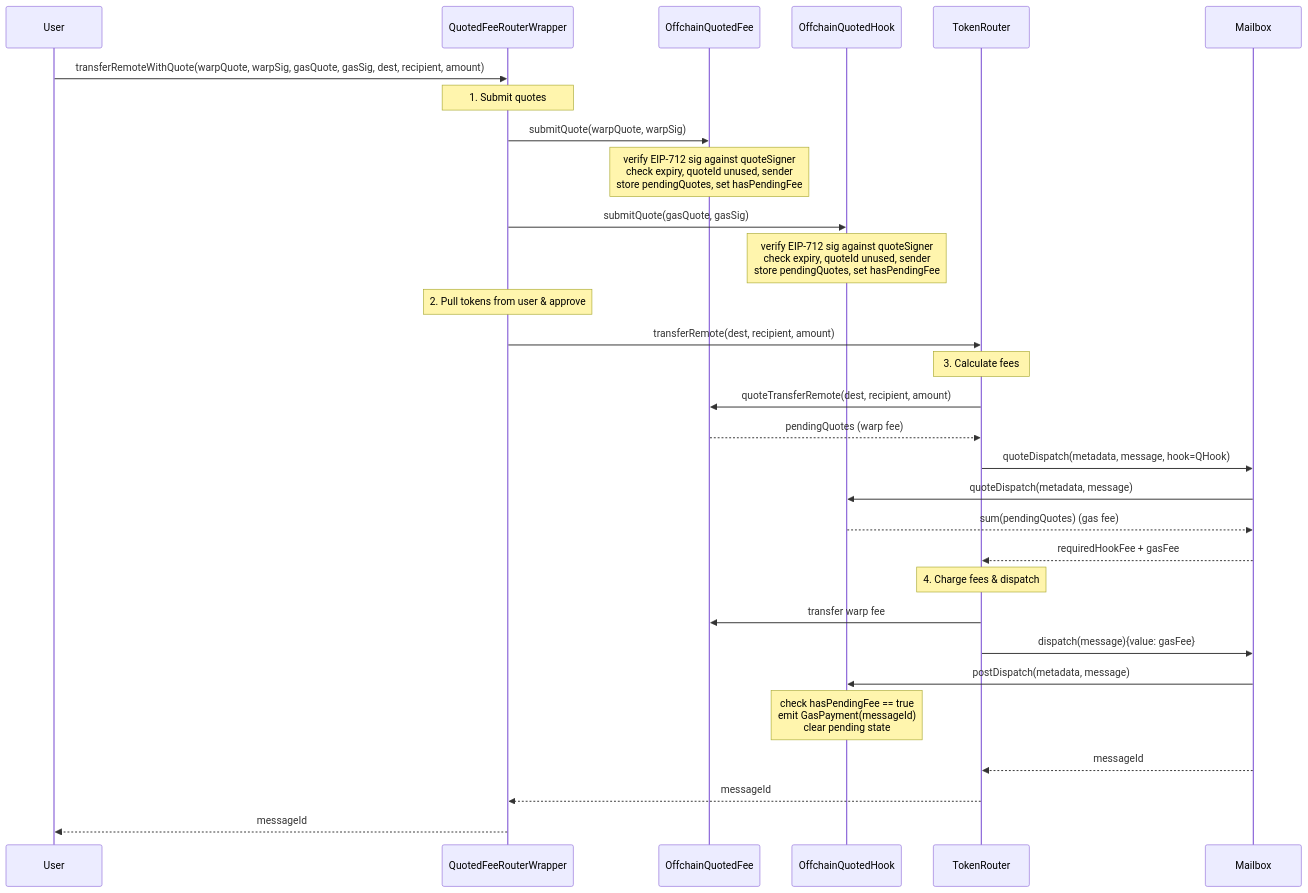
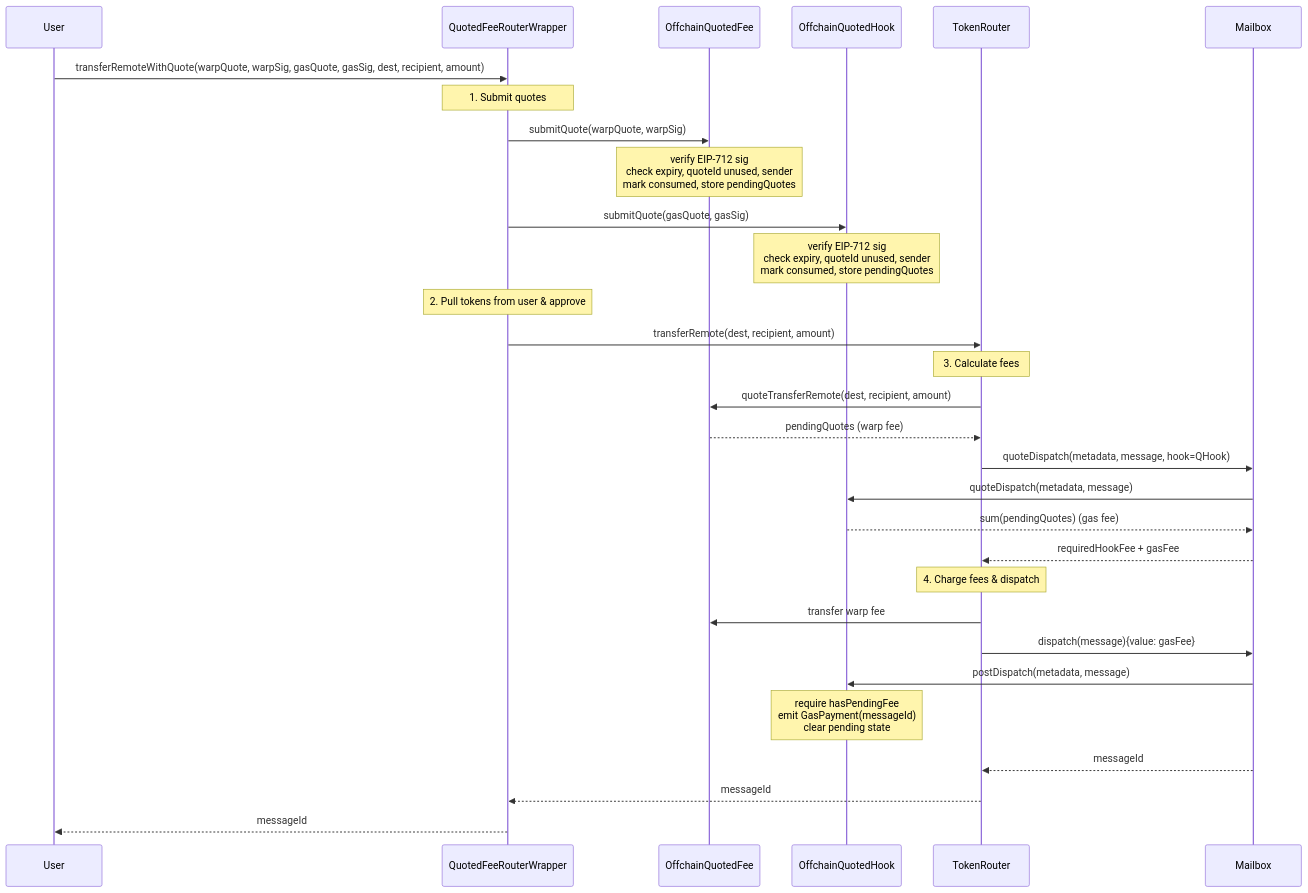
The second of 3 diagrams in docs/offchain-fee-quoting.md (fujijin/hyperlane-monorepo), drawn with Mermaid before and after one commit. The commit also changed other lines of this file, not shown here.

First line of the commit message:
docs: refine offchain fee quoting proposal

````diff
--- a/docs/offchain-fee-quoting.md
+++ b/docs/offchain-fee-quoting.md
@@ -209,44 +242,44 @@
 ```mermaid
 sequenceDiagram
     participant User
     participant Wrapper as QuotedFeeRouterWrapper
     participant QFee as OffchainQuotedFee
     participant QHook as OffchainQuotedHook
     participant WarpRoute as TokenRouter
     participant Mailbox
 
     User->>Wrapper: transferRemoteWithQuote(warpQuote, warpSig, gasQuote, gasSig, dest, recipient, amount)
 
     Note over Wrapper: 1. Submit quotes
 
     Wrapper->>QFee: submitQuote(warpQuote, warpSig)
-    Note over QFee: verify EIP-712 sig against quoteSigner<br/>check expiry, quoteId unused, sender<br/>store pendingQuotes, set hasPendingFee
+    Note over QFee: verify EIP-712 sig<br/>check expiry, quoteId unused, sender<br/>mark consumed, store pendingQuotes
 
     Wrapper->>QHook: submitQuote(gasQuote, gasSig)
-    Note over QHook: verify EIP-712 sig against quoteSigner<br/>check expiry, quoteId unused, sender<br/>store pendingQuotes, set hasPendingFee
+    Note over QHook: verify EIP-712 sig<br/>check expiry, quoteId unused, sender<br/>mark consumed, store pendingQuotes
 
     Note over Wrapper: 2. Pull tokens from user & approve
 
     Wrapper->>WarpRoute: transferRemote(dest, recipient, amount)
 
     Note over WarpRoute: 3. Calculate fees
 
     WarpRoute->>QFee: quoteTransferRemote(dest, recipient, amount)
     QFee-->>WarpRoute: pendingQuotes (warp fee)
 
     WarpRoute->>Mailbox: quoteDispatch(metadata, message, hook=QHook)
     Mailbox->>QHook: quoteDispatch(metadata, message)
     QHook-->>Mailbox: sum(pendingQuotes) (gas fee)
     Mailbox-->>WarpRoute: requiredHookFee + gasFee
 
     Note over WarpRoute: 4. Charge fees & dispatch
 
     WarpRoute->>QFee: transfer warp fee
     WarpRoute->>Mailbox: dispatch(message){value: gasFee}
     Mailbox->>QHook: postDispatch(metadata, message)
-    Note over QHook: check hasPendingFee == true<br/>emit GasPayment(messageId)<br/>clear pending state
+    Note over QHook: require hasPendingFee<br/>emit GasPayment(messageId)<br/>clear pending state
     Mailbox-->>WarpRoute: messageId
 
     WarpRoute-->>Wrapper: messageId
     Wrapper-->>User: messageId
 ```
````
